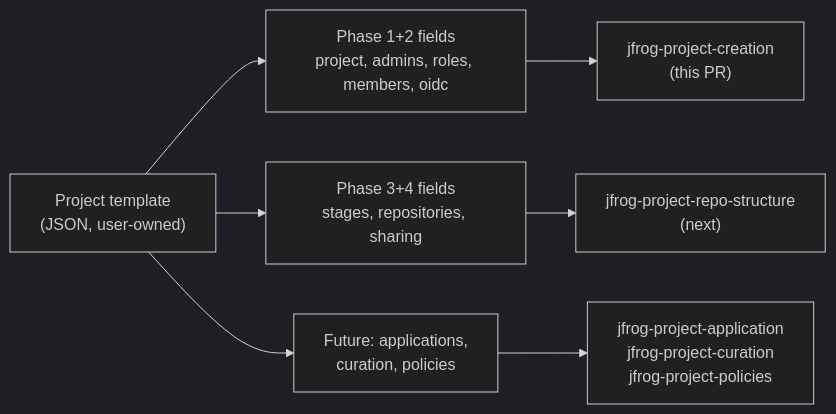
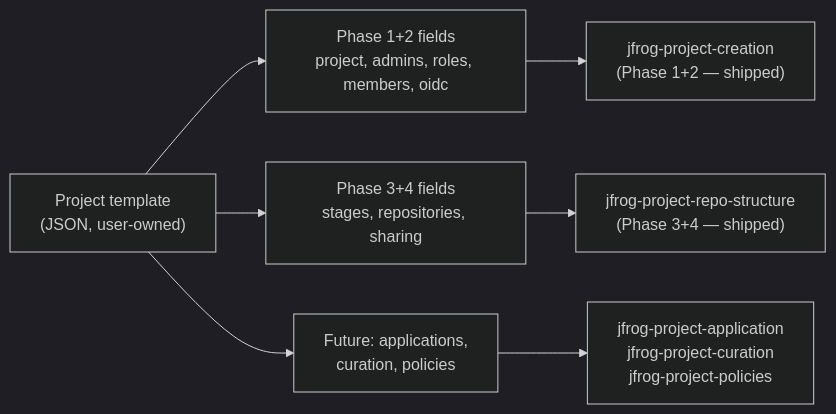
The tenth of 10 diagrams in docs/design/jfrog-project-creation-phase-1-2.md (jfrog/jfrog-skills), drawn with Mermaid (dark theme) before and after one commit. The commit also changed other lines of this file and 1 other file, not shown here.

First line of the commit message:
docs(review-only): update design summary and exec summary for Phase 3+4

````diff
--- a/docs/design/jfrog-project-creation-phase-1-2.md
+++ b/docs/design/jfrog-project-creation-phase-1-2.md
@@ -552,9 +552,9 @@
 ```mermaid
 flowchart LR
     Tpl["Project template<br/>(JSON, user-owned)"] --> P12["Phase 1+2 fields<br/>project, admins, roles, members, oidc"]
     Tpl --> P34["Phase 3+4 fields<br/>stages, repositories, sharing"]
     Tpl --> Future["Future: applications,<br/>curation, policies"]
-    P12 --> Sk1["jfrog-project-creation<br/>(this PR)"]
-    P34 --> Sk2["jfrog-project-repo-structure<br/>(next)"]
+    P12 --> Sk1["jfrog-project-creation<br/>(Phase 1+2 — shipped)"]
+    P34 --> Sk2["jfrog-project-repo-structure<br/>(Phase 3+4 — shipped)"]
     Future --> Sk3["jfrog-project-application<br/>jfrog-project-curation<br/>jfrog-project-policies"]
 ```
````
